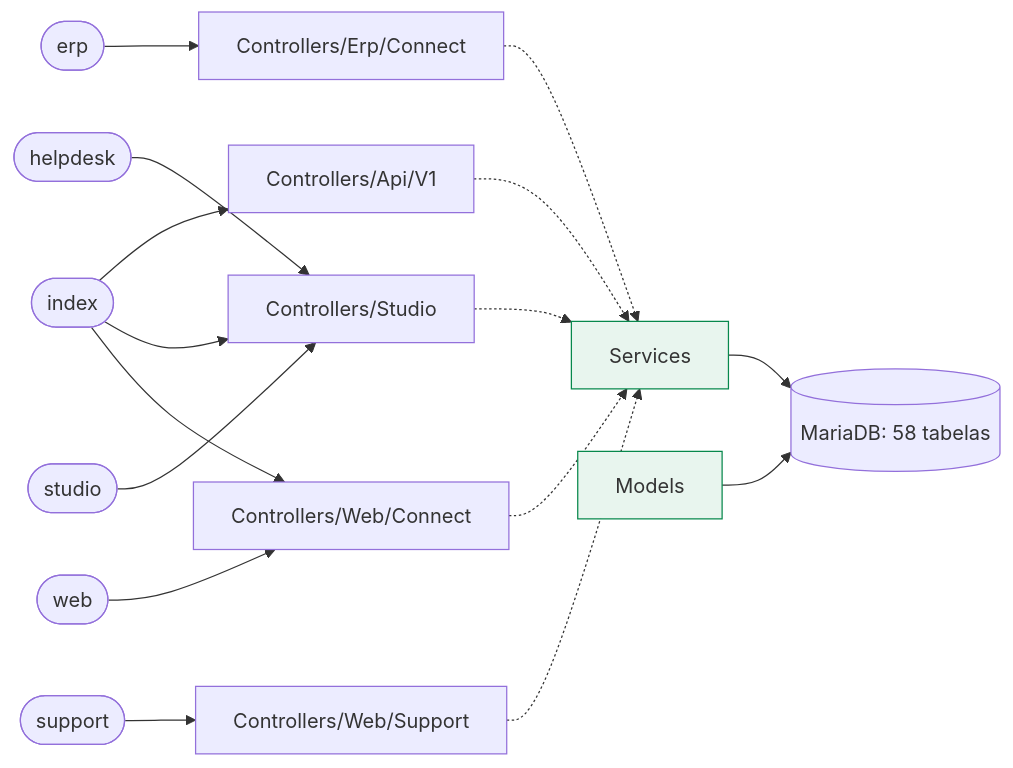
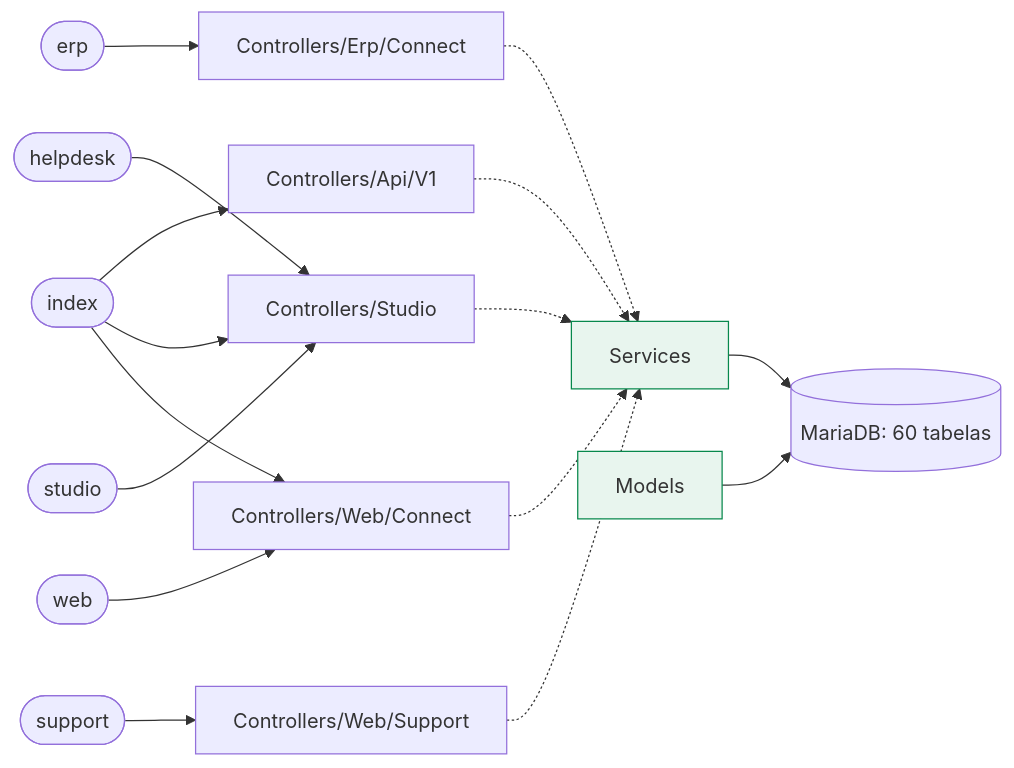
Before and after one commit to djalmamartins/connect-erp: the first of 2 diagrams in docs/map/README.md, drawn with Mermaid. The commit also changed other lines of this file and 1 other file, not shown here.

````diff
--- a/docs/map/README.md
+++ b/docs/map/README.md
@@ -13,28 +13,28 @@
 ```mermaid
 flowchart LR
   env_erp(["erp"])
   env_erp --> pkg_Controllers_Erp_Connect["Controllers/Erp/Connect"]
   env_helpdesk(["helpdesk"])
   env_helpdesk --> pkg_Controllers_Studio["Controllers/Studio"]
   env_index(["index"])
   env_index --> pkg_Controllers_Api_V1["Controllers/Api/V1"]
   env_index --> pkg_Controllers_Studio["Controllers/Studio"]
   env_index --> pkg_Controllers_Web_Connect["Controllers/Web/Connect"]
   env_studio(["studio"])
   env_studio --> pkg_Controllers_Studio["Controllers/Studio"]
   env_support(["support"])
   env_support --> pkg_Controllers_Web_Support["Controllers/Web/Support"]
   env_web(["web"])
   env_web --> pkg_Controllers_Web_Connect["Controllers/Web/Connect"]
   pkg_svc["Services"]:::svc
   pkg_mdl["Models"]:::svc
-  db[("MariaDB: 58 tabelas")]
+  db[("MariaDB: 60 tabelas")]
   pkg_Controllers_Api_V1 -.-> pkg_svc
   pkg_Controllers_Erp_Connect -.-> pkg_svc
   pkg_Controllers_Studio -.-> pkg_svc
   pkg_Controllers_Web_Connect -.-> pkg_svc
   pkg_Controllers_Web_Support -.-> pkg_svc
   pkg_svc --> db
   pkg_mdl --> db
   classDef svc fill:#e8f5ee,stroke:#07884c
 ```
````
